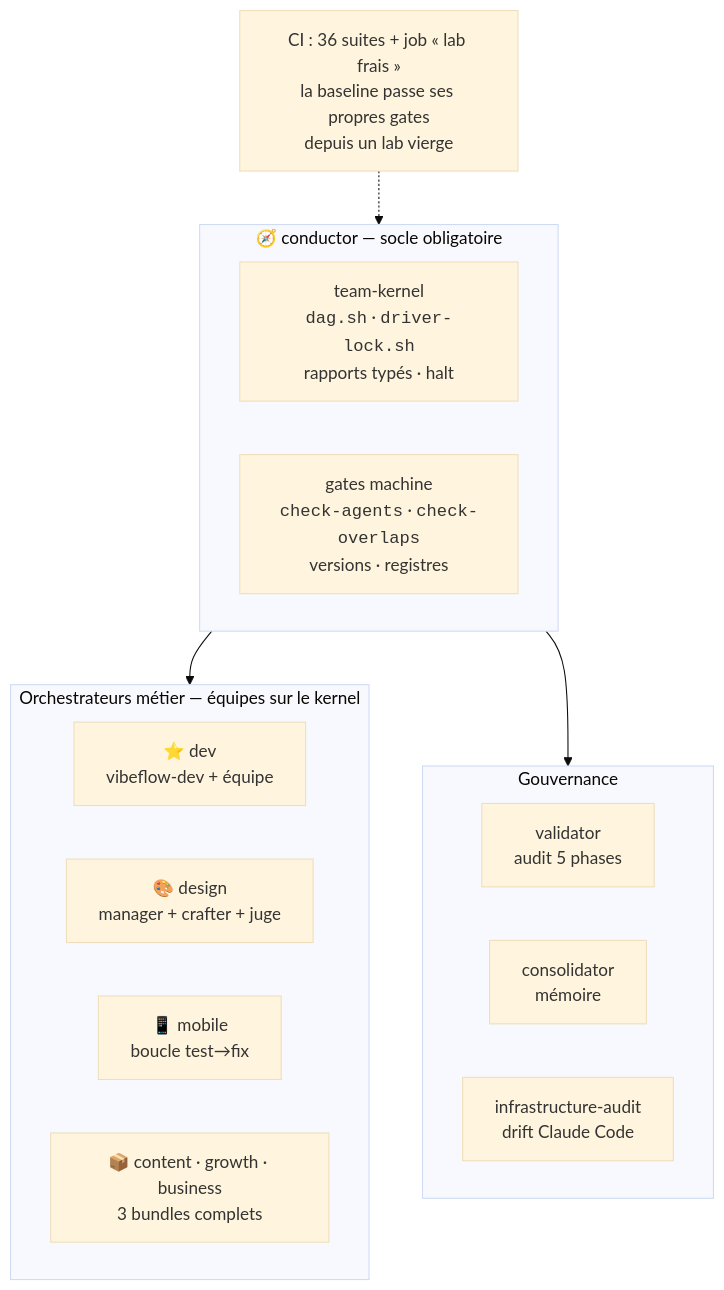
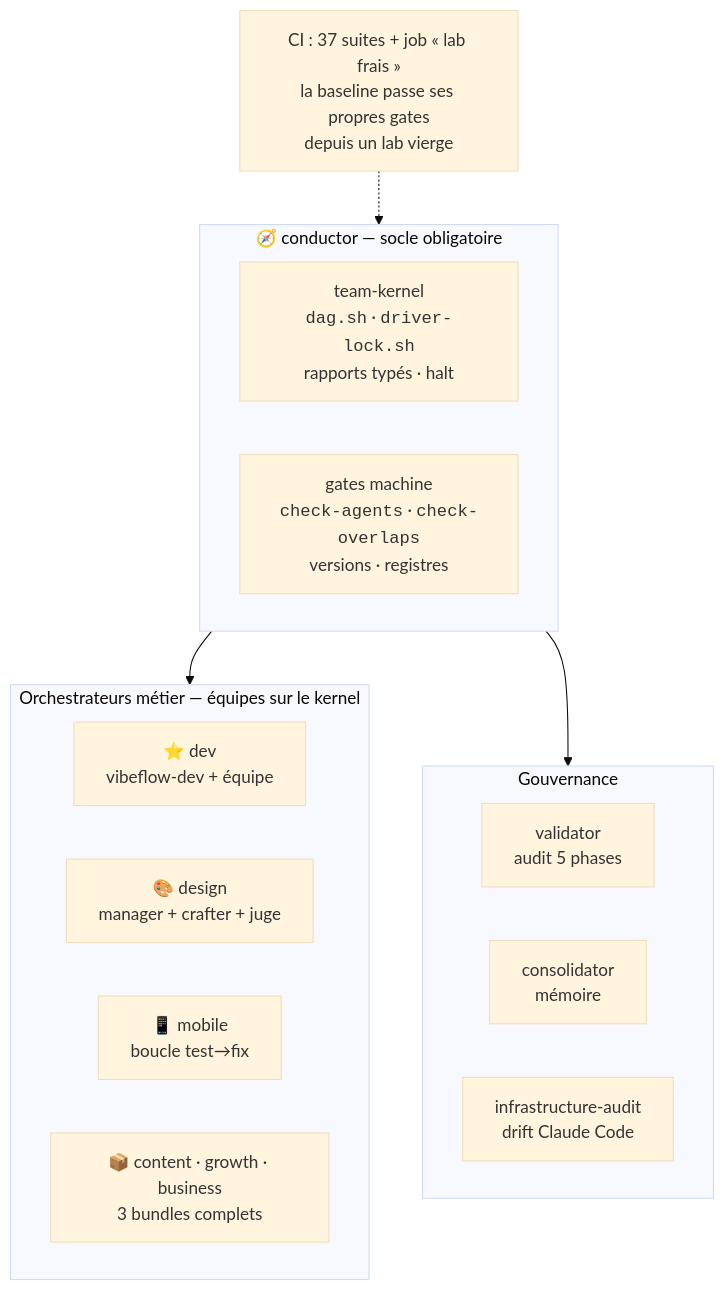
One commit to picmakpro/vibeflow-os changed the third of 3 diagrams in README.fr.md. Above: the diagram before and after it, drawn with Mermaid (base theme). The commit also changed other lines of this file and 16 other files, not shown here.

````diff
--- a/README.fr.md
+++ b/README.fr.md
@@ -114,21 +114,21 @@
 ```mermaid
 flowchart TD
     subgraph socle["🧭 conductor — socle obligatoire"]
         K["team-kernel<br/><code>dag.sh</code> · <code>driver-lock.sh</code><br/>rapports typés · halt"]
         G["gates machine<br/><code>check-agents</code> · <code>check-overlaps</code><br/>versions · registres"]
     end
     subgraph orch["Orchestrateurs métier — équipes sur le kernel"]
         DEV["⭐ dev<br/>vibeflow-dev + équipe"]
         DES["🎨 design<br/>manager + crafter + juge"]
         MOB["📱 mobile<br/>boucle test→fix"]
         BIZ["📦 content · growth · business<br/>3 bundles complets"]
     end
     subgraph gouv["Gouvernance"]
         V["validator<br/>audit 5 phases"]
         CO["consolidator<br/>mémoire"]
         IA["infrastructure-audit<br/>drift Claude Code"]
     end
     socle --> orch
     socle --> gouv
-    CI["CI : 36 suites + job « lab frais »<br/>la baseline passe ses propres gates<br/>depuis un lab vierge"] -.-> socle
+    CI["CI : 37 suites + job « lab frais »<br/>la baseline passe ses propres gates<br/>depuis un lab vierge"] -.-> socle
 ```
````
